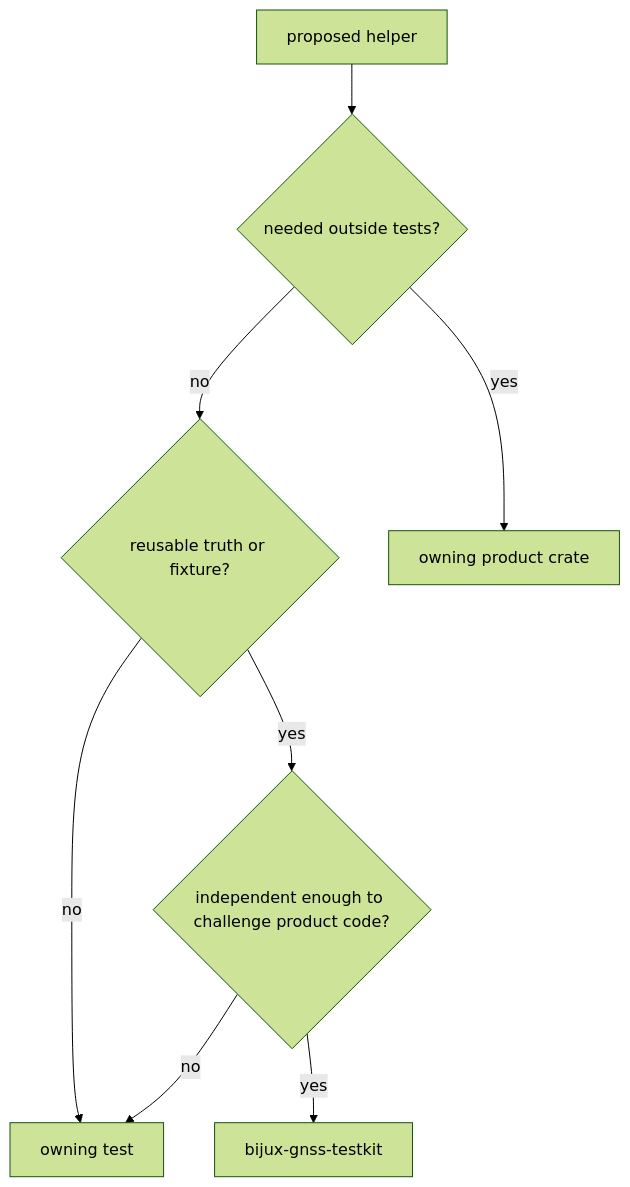
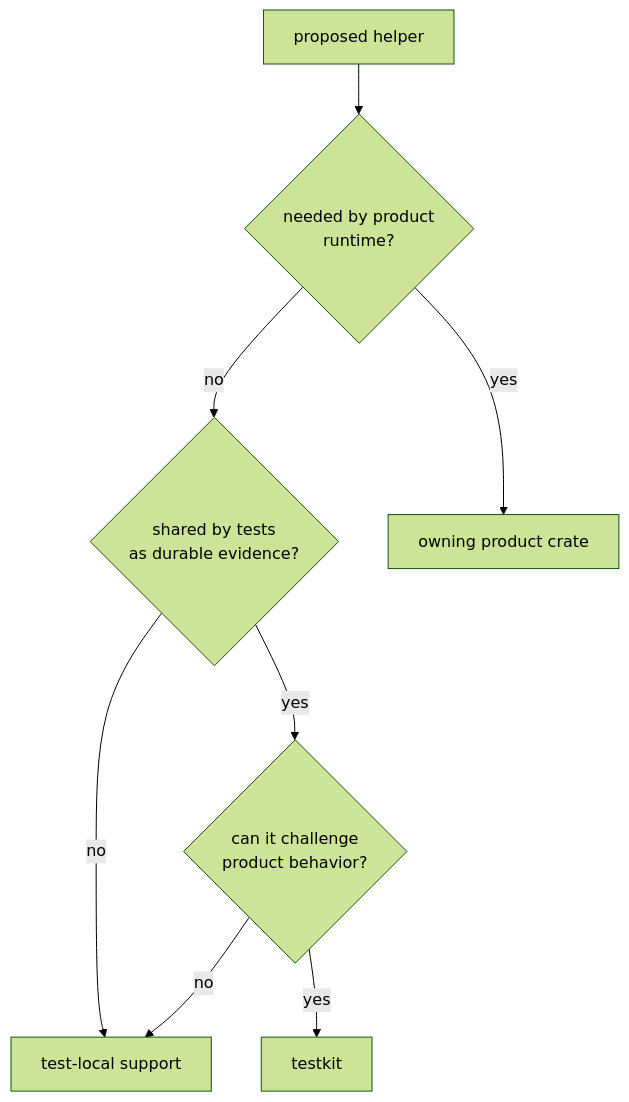
One commit to bijux/bijux-telecom changed the second of 2 diagrams in crates/bijux-gnss-testkit/README.md. Above: the diagram before and after it, drawn with Mermaid (forest theme). The commit also changed other lines of this file and 1 other file, not shown here.

Commit message:
docs(quality): bound policy checks and test evidence

````diff
--- a/crates/bijux-gnss-testkit/README.md
+++ b/crates/bijux-gnss-testkit/README.md
@@ -94,18 +90,18 @@
 ```mermaid
 flowchart TD
     helper["proposed helper"]
-    runtime{"needed outside tests?"}
-    shared{"reusable truth or fixture?"}
-    independent{"independent enough to challenge product code?"}
-    product["owning product crate"]
-    local["owning test"]
-    testkit["bijux-gnss-testkit"]
+    runtime{"needed by product<br/>runtime?"}
+    repeated{"shared by tests<br/>as durable evidence?"}
+    independent{"can it challenge<br/>product behavior?"}
+    owner["owning product crate"]
+    local["test-local support"]
+    testkit["testkit"]
 
     helper --> runtime
-    runtime -->|"yes"| product
-    runtime -->|"no"| shared
-    shared -->|"no"| local
-    shared -->|"yes"| independent
+    runtime -->|"yes"| owner
+    runtime -->|"no"| repeated
+    repeated -->|"no"| local
+    repeated -->|"yes"| independent
     independent -->|"yes"| testkit
     independent -->|"no"| local
 ```
````
